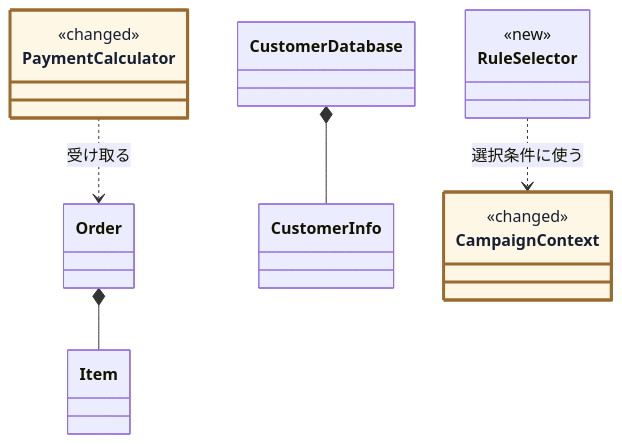
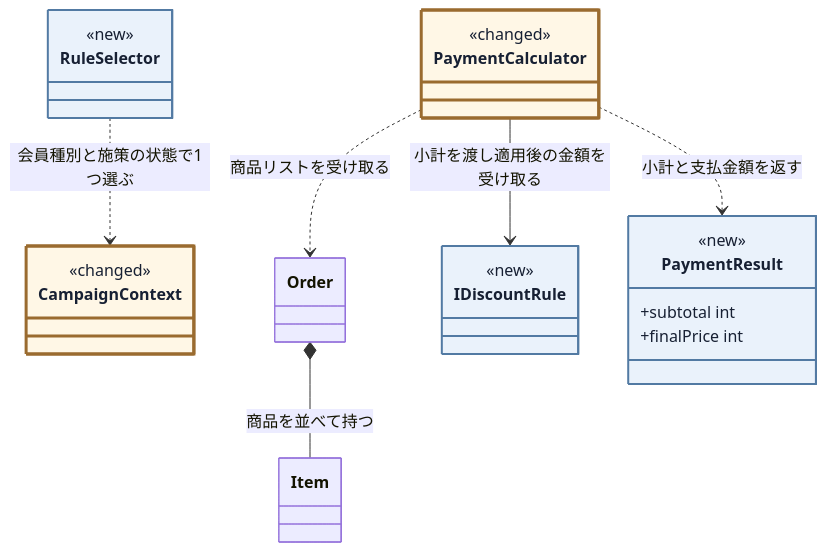
One commit to kumachan1101-pixel/DesignPattern changed diagram 14 of 18 in kindle/design-patterns/books/volume01-core-patterns/output/03-chapter01.md. Above: the diagram before and after it, drawn with Mermaid. The commit also changed other lines of this file and 7 other files, not shown here.

````diff
--- a/kindle/design-patterns/books/volume01-core-patterns/output/03-chapter01.md
+++ b/kindle/design-patterns/books/volume01-core-patterns/output/03-chapter01.md
@@ -1778,22 +1799,31 @@
 ```mermaid
 classDiagram
     direction TB
     class Order
     class Item
-    class CustomerInfo
-    class CustomerDatabase
     class CampaignContext:::touched {
         <<changed>>
     }
     class RuleSelector:::added {
         <<new>>
     }
     class PaymentCalculator:::touched {
         <<changed>>
     }
-    Order *-- Item
-    CustomerDatabase *-- CustomerInfo
-    PaymentCalculator ..> Order : 受け取る
-    RuleSelector ..> CampaignContext : 選択条件に使う
+    class IDiscountRule:::added {
+        <<new>>
+        <<interface>>
+    }
+    class PaymentResult:::added {
+        <<new>>
+        +subtotal int
+        +finalPrice int
+    }
+    Order *-- Item : 商品を並べて持つ
+    RuleSelector ..> CampaignContext : 会員種別と施策の状態で1つ選ぶ
+    PaymentCalculator ..> Order : 商品リストを受け取る
+    PaymentCalculator --> IDiscountRule : 小計を渡し適用後の金額を受け取る
+    PaymentCalculator ..> PaymentResult : 小計と支払金額を返す
+    classDef added fill:#eaf2fb,stroke:#527aa3,stroke-width:2px,color:#172033;
     classDef touched fill:#fff7e6,stroke:#9a6b2f,stroke-width:3px,color:#172033;
 ```
````
